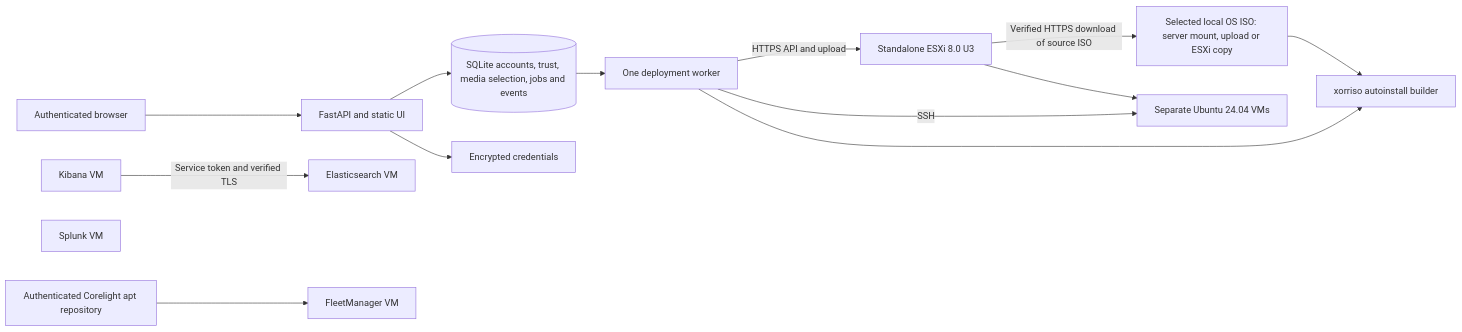
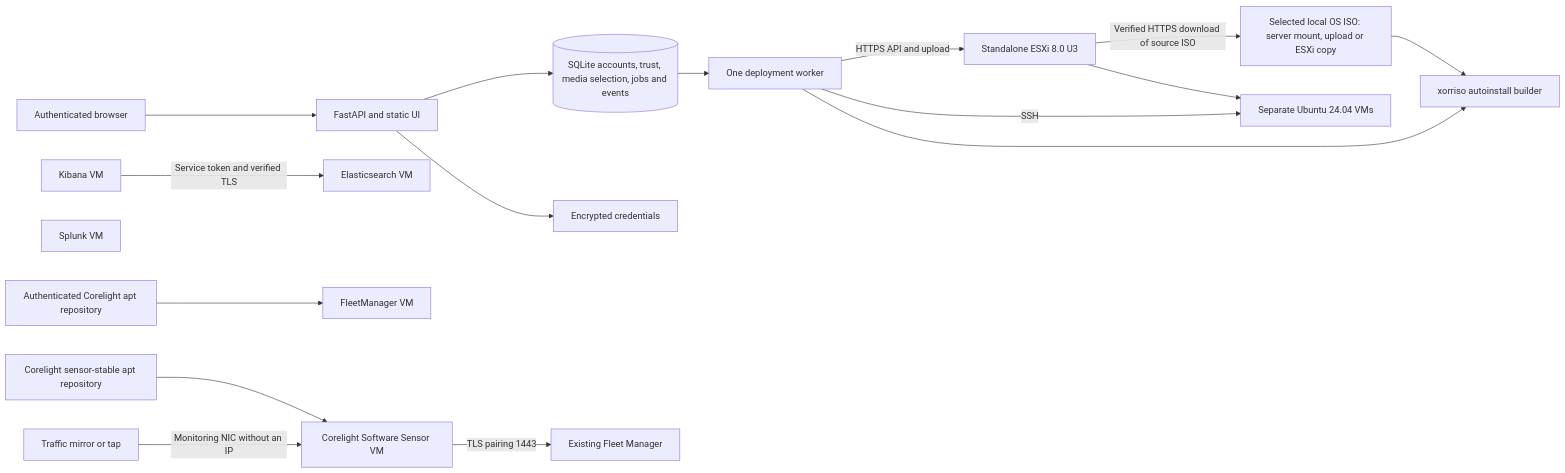
One commit to DasFunfZigste/GDeploy changed the diagram in docs/ARCHITECTURE.md. Above: the diagram before and after it, drawn with Mermaid. The commit also changed other lines of this file and 29 other files, not shown here.

Commit message:
Add Corelight Software Sensor deployment on Ubuntu 24.04

````diff
--- a/docs/ARCHITECTURE.md
+++ b/docs/ARCHITECTURE.md
@@ -3,17 +3,21 @@
 ```mermaid
 flowchart LR
   Browser[Authenticated browser] --> API[FastAPI and static UI]
   API --> DB[(SQLite accounts, trust, media selection, jobs and events)]
   API --> Vault[Encrypted credentials]
   DB --> Worker[One deployment worker]
   Media[Selected local OS ISO: server mount, upload or ESXi copy] --> Builder[xorriso autoinstall builder]
   Worker --> Builder
   Worker -->|HTTPS API and upload| ESXi[Standalone ESXi 8.0 U3]
   ESXi -->|Verified HTTPS download of source ISO| Media
   ESXi --> Ubuntu[Separate Ubuntu 24.04 VMs]
   Worker -->|SSH| Ubuntu
   Kibana[Kibana VM] -->|Service token and verified TLS| Elastic[Elasticsearch VM]
   Splunk[Splunk VM]
   Fleet[FleetManager VM]
+  Sensor[Corelight Software Sensor VM]
+  SensorPackages[Corelight sensor-stable apt repository] --> Sensor
+  Sensor -->|TLS pairing 1443| ExistingFleet[Existing Fleet Manager]
+  Mirror[Traffic mirror or tap] -->|Monitoring NIC without an IP| Sensor
   FleetPackages[Authenticated Corelight apt repository] --> Fleet
 ```
````
